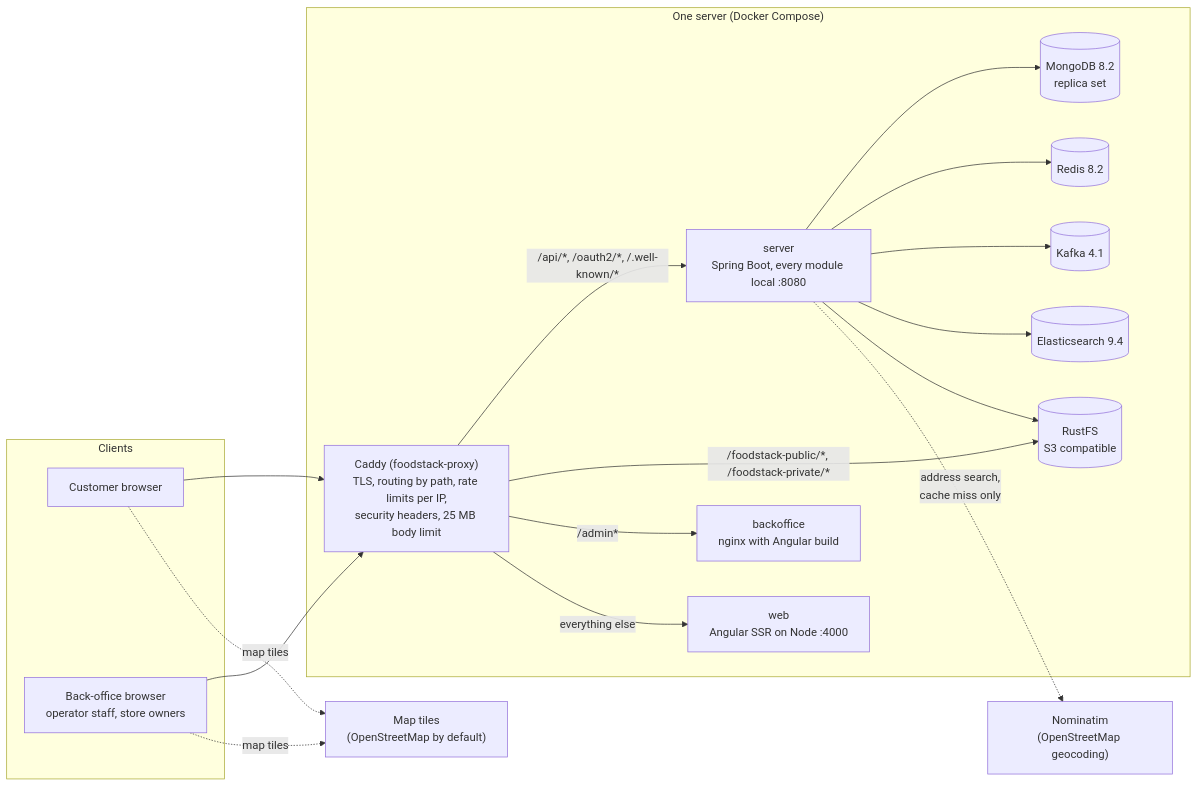
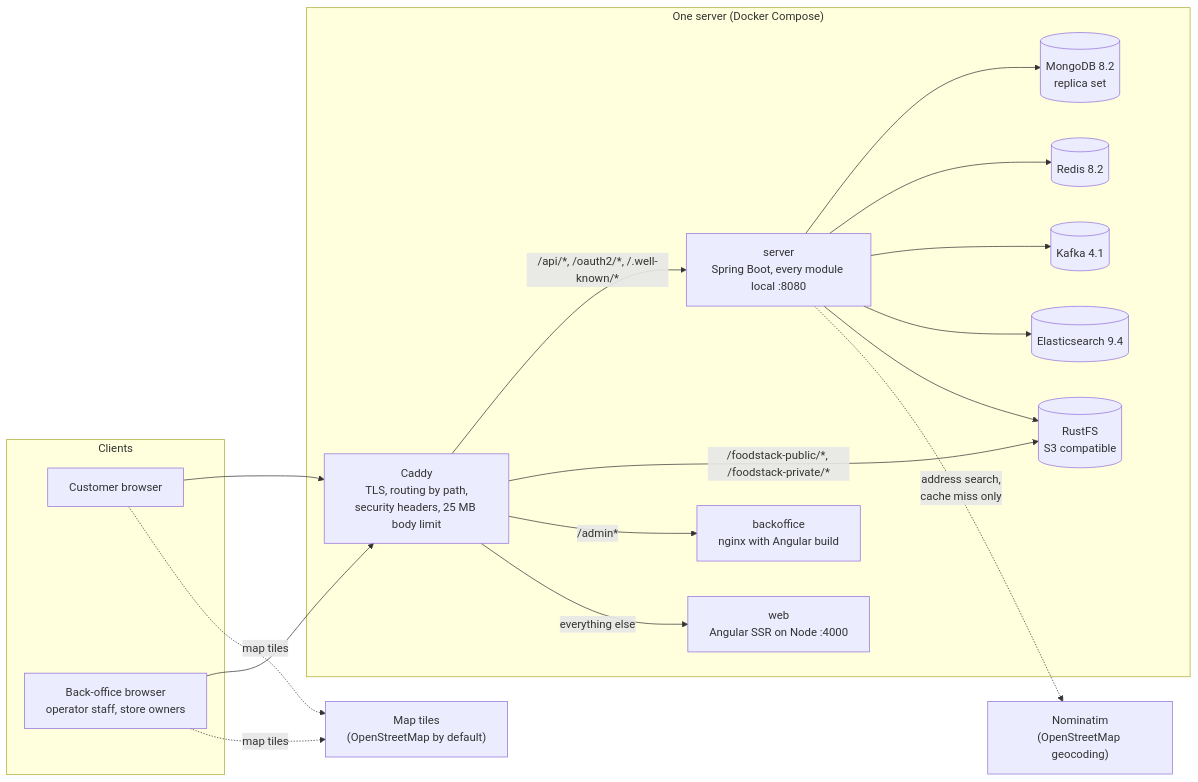
One commit to ilyaslabs/foodstack changed the first of 5 diagrams in docs/architecture/01-big-picture.md. Above: the diagram before and after it, drawn with Mermaid. The commit also changed 11 other files, not shown here.

First line of the commit message:
Single server without edge rate limits: stock Caddy, custom proxy image removed

````diff
--- a/docs/architecture/01-big-picture.md
+++ b/docs/architecture/01-big-picture.md
@@ -9,37 +9,37 @@
 ```mermaid
 flowchart LR
     subgraph Clients
         C[Customer browser]
         B[Back-office browser<br/>operator staff, store owners]
     end
 
     subgraph Server["One server (Docker Compose)"]
-        P["Caddy (foodstack-proxy)<br/>TLS, routing by path, rate limits per IP,<br/>security headers, 25 MB body limit"]
+        P["Caddy<br/>TLS, routing by path,<br/>security headers, 25 MB body limit"]
         W["web<br/>Angular SSR on Node :4000"]
         BO["backoffice<br/>nginx with Angular build"]
         S["server<br/>Spring Boot, every module local :8080"]
         M[("MongoDB 8.2<br/>replica set")]
         R[("Redis 8.2")]
         K[("Kafka 4.1")]
         E[("Elasticsearch 9.4")]
         O[("RustFS<br/>S3 compatible")]
     end
 
     N["Nominatim<br/>(OpenStreetMap geocoding)"]
     T["Map tiles<br/>(OpenStreetMap by default)"]
 
     C --> P
     B --> P
     P -- "/api/*, /oauth2/*, /.well-known/*" --> S
     P -- "/foodstack-public/*, /foodstack-private/*" --> O
     P -- "/admin*" --> BO
     P -- "everything else" --> W
     S --> M
     S --> R
     S --> K
     S --> E
     S --> O
     S -. "address search,<br/>cache miss only" .-> N
     C -. "map tiles" .-> T
     B -. "map tiles" .-> T
 ```
````
